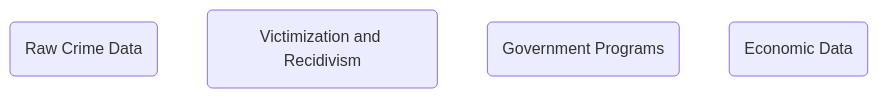
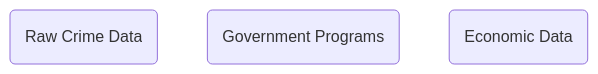
The diagram in data_sources.qmd (tsigall/dsan5600), drawn with Mermaid before and after one commit. The commit also changed other lines of this file and 120 other files, not shown here.

````diff
--- a/data_sources.qmd
+++ b/data_sources.qmd
@@ -13,8 +16,6 @@
 ```{mermaid}
 flowchart TD
 raw(Raw Crime Data)
-individuals("Victimization and Recidivism")
 government(Government Programs) 
 economy(Economic Data)
-
 ```
````
